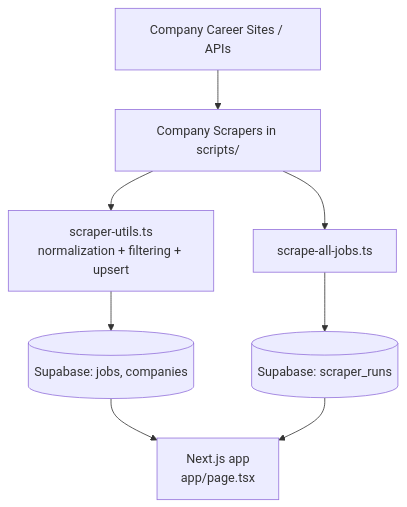
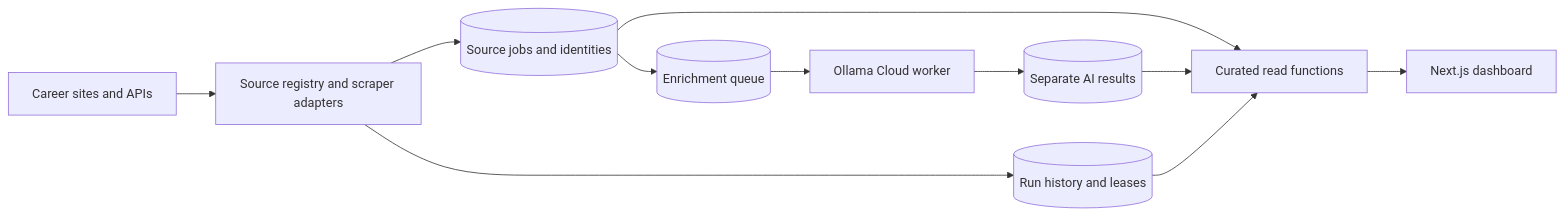
One commit to AkhilPJ12/JobPostings-Dashboard changed the diagram in README.md. Above: the diagram before and after it, drawn with Mermaid. The commit also changed other lines of this file and 95 other files, not shown here.

Commit message:
Updated Architecture

````diff
--- a/README.md
+++ b/README.md
@@ -16,10 +7,13 @@
 ```mermaid
-flowchart TD
-  A[Company Career Sites / APIs] --> B[Company Scrapers in scripts/]
-  B --> C[scraper-utils.ts\nnormalization + filtering + upsert]
-  C --> D[(Supabase: jobs, companies)]
-  B --> E[scrape-all-jobs.ts]
-  E --> F[(Supabase: scraper_runs)]
-  D --> G[Next.js app\napp/page.tsx]
-  F --> G
+flowchart LR
+  Sources[Career sites and APIs] --> Scrapers[Source registry and scraper adapters]
+  Scrapers --> Jobs[(Source jobs and identities)]
+  Scrapers --> Runs[(Run history and leases)]
+  Jobs --> Queue[(Enrichment queue)]
+  Queue --> Worker[Ollama Cloud worker]
+  Worker --> AI[(Separate AI results)]
+  Jobs --> RPC[Curated read functions]
+  AI --> RPC
+  Runs --> RPC
+  RPC --> Web[Next.js dashboard]
 ```
````
